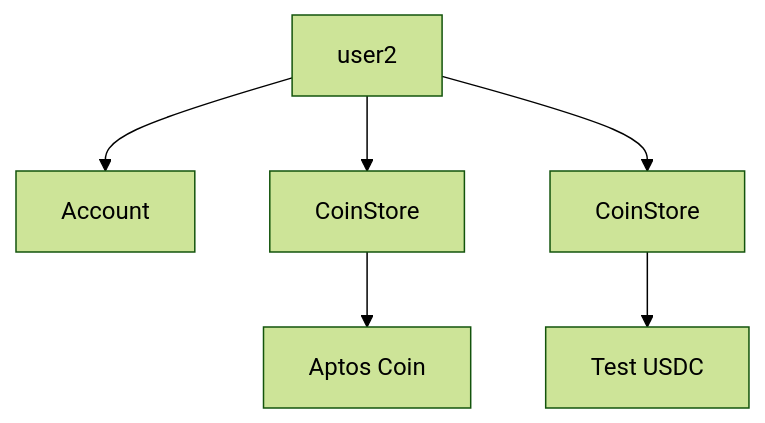
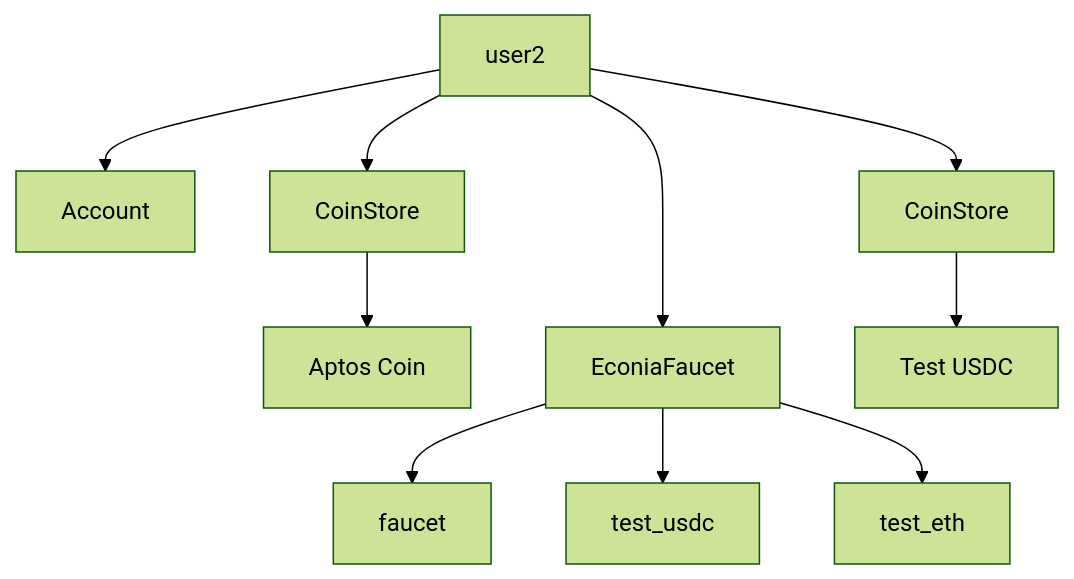
Before and after one commit to econia-labs/amsterdam-2023-demo: the sixth of 6 diagrams in README.md, drawn with Mermaid (forest theme). The commit also changed other lines of this file, not shown here.

````diff
--- a/README.md
+++ b/README.md
@@ -117,11 +325,14 @@
-```mermaid
+   ```mermaid
 
-flowchart TD
+   flowchart TD
 
-user2 --> account[Account]
-user2 --> apt_coinstore[CoinStore]
-apt_coinstore --> apt[Aptos Coin]
-user2 --> usdc_coinstore2[CoinStore]
-usdc_coinstore2 --> usdc2[Test USDC]
-
-```
+   user2 --> account[Account]
+   user2 --> apt_coinstore[CoinStore]
+   apt_coinstore --> apt[Aptos Coin]
+   user2 ---> EconiaFaucet
+   EconiaFaucet --> faucet
+   EconiaFaucet --> test_usdc
+   EconiaFaucet --> test_eth
+   user2 --> tusdc_coinstore[CoinStore]
+   tusdc_coinstore --> tusdc[Test USDC]
+   ```
````
